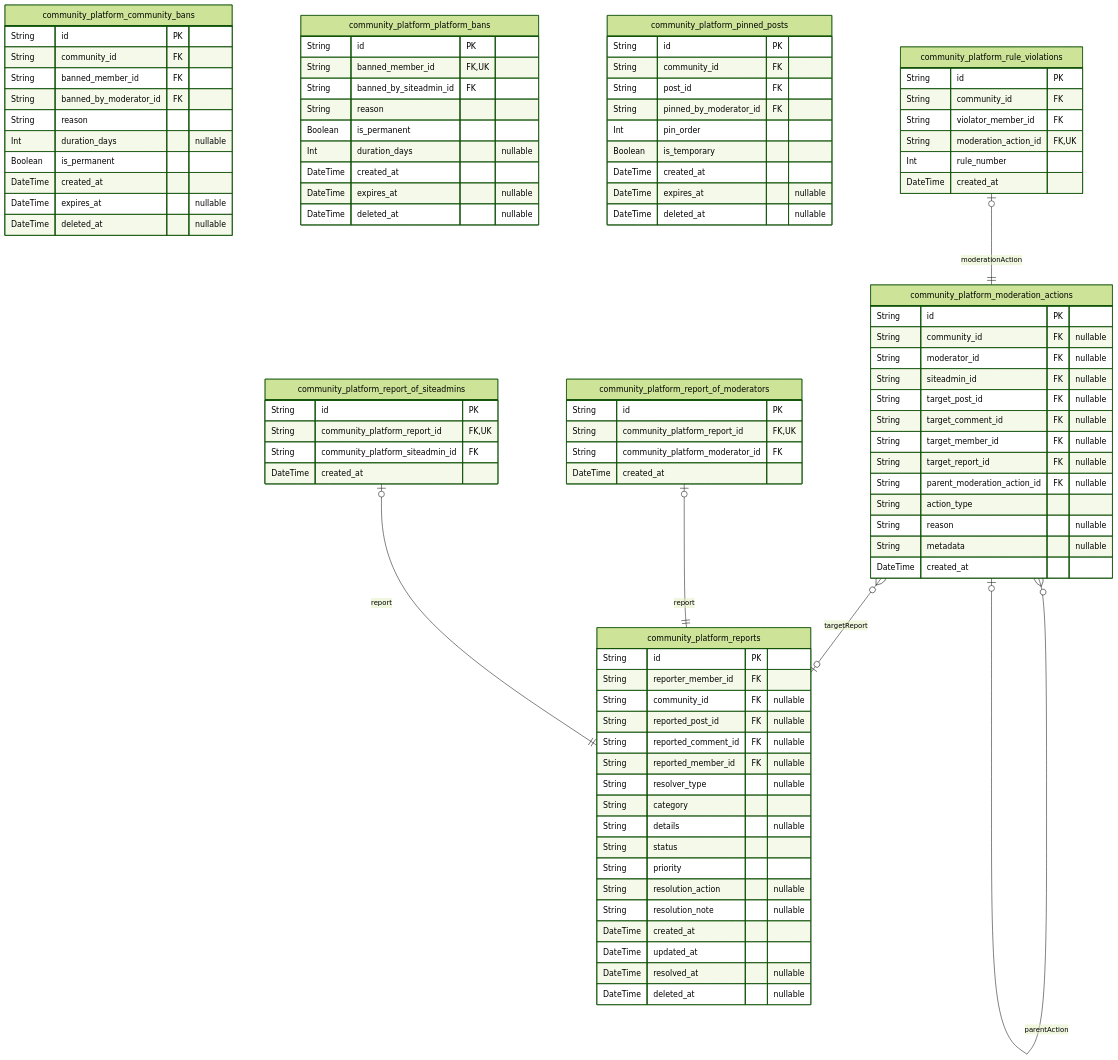
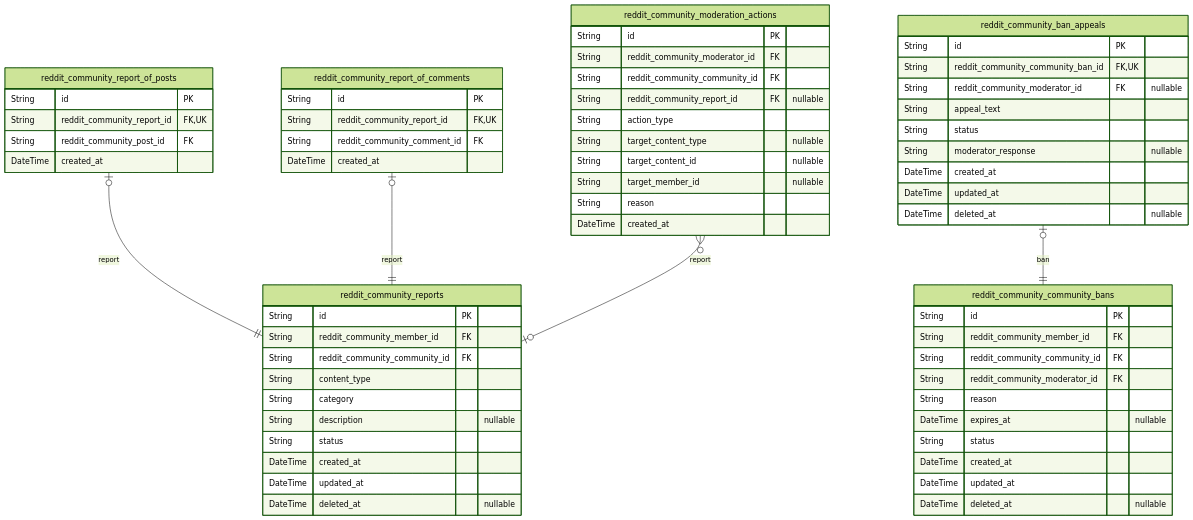
The fifth of 6 diagrams in anthropic/claude-sonnet-4.5/reddit/docs/ERD.md (wrtnlabs/autobe-examples), drawn with Mermaid (forest theme) before and after one commit. The commit also changed other lines of this file and 22498 other files, not shown here.

````diff
--- a/anthropic/claude-sonnet-4.5/reddit/docs/ERD.md
+++ b/anthropic/claude-sonnet-4.5/reddit/docs/ERD.md
@@ -838,96 +904,66 @@
 ```mermaid
 erDiagram
-"community_platform_reports" {
+"reddit_community_reports" {
   String id PK
-  String reporter_member_id FK
-  String community_id FK "nullable"
-  String reported_post_id FK "nullable"
-  String reported_comment_id FK "nullable"
-  String reported_member_id FK "nullable"
-  String resolver_type "nullable"
+  String reddit_community_member_id FK
+  String reddit_community_community_id FK
+  String content_type
   String category
-  String details "nullable"
+  String description "nullable"
   String status
-  String priority
-  String resolution_action "nullable"
-  String resolution_note "nullable"
   DateTime created_at
   DateTime updated_at
-  DateTime resolved_at "nullable"
   DateTime deleted_at "nullable"
 }
-"community_platform_community_bans" {
+"reddit_community_report_of_posts" {
   String id PK
-  String community_id FK
-  String banned_member_id FK
-  String banned_by_moderator_id FK
+  String reddit_community_report_id FK,UK
+  String reddit_community_post_id FK
+  DateTime created_at
+}
+"reddit_community_report_of_comments" {
+  String id PK
+  String reddit_community_report_id FK,UK
+  String reddit_community_comment_id FK
+  DateTime created_at
+}
+"reddit_community_moderation_actions" {
+  String id PK
+  String reddit_community_moderator_id FK
+  String reddit_community_community_id FK
+  String reddit_community_report_id FK "nullable"
+  String action_type
+  String target_content_type "nullable"
+  String target_content_id "nullable"
+  String target_member_id "nullable"
   String reason
-  Int duration_days "nullable"
-  Boolean is_permanent
   DateTime created_at
+}
+"reddit_community_community_bans" {
+  String id PK
+  String reddit_community_member_id FK
+  String reddit_community_community_id FK
+  String reddit_community_moderator_id FK
+  String reason
   DateTime expires_at "nullable"
+  String status
+  DateTime created_at
+  DateTime updated_at
   DateTime deleted_at "nullable"
 }
-"community_platform_platform_bans" {
+"reddit_community_ban_appeals" {
   String id PK
-  String banned_member_id FK,UK
-  String banned_by_siteadmin_id FK
-  String reason
-  Boolean is_permanent
-  Int duration_days "nullable"
+  String reddit_community_community_ban_id FK,UK
+  String reddit_community_moderator_id FK "nullable"
+  String appeal_text
+  String status
+  String moderator_response "nullable"
   DateTime created_at
-  DateTime expires_at "nullable"
+  DateTime updated_at
   DateTime deleted_at "nullable"
 }
-"community_platform_moderation_actions" {
-  String id PK
-  String community_id FK "nullable"
-  String moderator_id FK "nullable"
-  String siteadmin_id FK "nullable"
-  String target_post_id FK "nullable"
-  String target_comment_id FK "nullable"
-  String target_member_id FK "nullable"
-  String target_report_id FK "nullable"
-  String parent_moderation_action_id FK "nullable"
-  String action_type
-  String reason "nullable"
-  String metadata "nullable"
-  DateTime created_at
-}
-"community_platform_pinned_posts" {
-  String id PK
-  String community_id FK
-  String post_id FK
-  String pinned_by_moderator_id FK
-  Int pin_order
-  Boolean is_temporary
-  DateTime created_at
-  DateTime expires_at "nullable"
-  DateTime deleted_at "nullable"
-}
-"community_platform_report_of_moderators" {
-  String id PK
-  String community_platform_report_id FK,UK
-  String community_platform_moderator_id FK
-  DateTime created_at
-}
-"community_platform_report_of_siteadmins" {
-  String id PK
-  String community_platform_report_id FK,UK
-  String community_platform_siteadmin_id FK
-  DateTime created_at
-}
-"community_platform_rule_violations" {
-  String id PK
-  String community_id FK
-  String violator_member_id FK
-  String moderation_action_id FK,UK
-  Int rule_number
-  DateTime created_at
-}
-"community_platform_moderation_actions" }o--o| "community_platform_reports" : targetReport
-"community_platform_moderation_actions" }o--o| "community_platform_moderation_actions" : parentAction
-"community_platform_report_of_moderators" |o--|| "community_platform_reports" : report
-"community_platform_report_of_siteadmins" |o--|| "community_platform_reports" : report
-"community_platform_rule_violations" |o--|| "community_platform_moderation_actions" : moderationAction
+"reddit_community_report_of_posts" |o--|| "reddit_community_reports" : report
+"reddit_community_report_of_comments" |o--|| "reddit_community_reports" : report
+"reddit_community_moderation_actions" }o--o| "reddit_community_reports" : report
+"reddit_community_ban_appeals" |o--|| "reddit_community_community_bans" : ban
 ```
````
